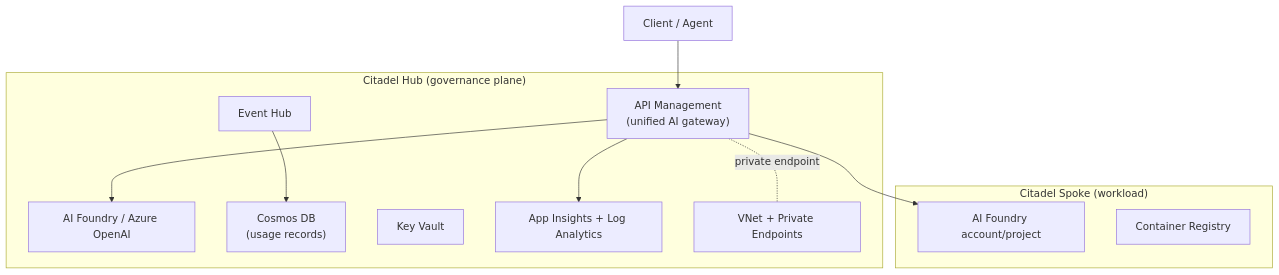
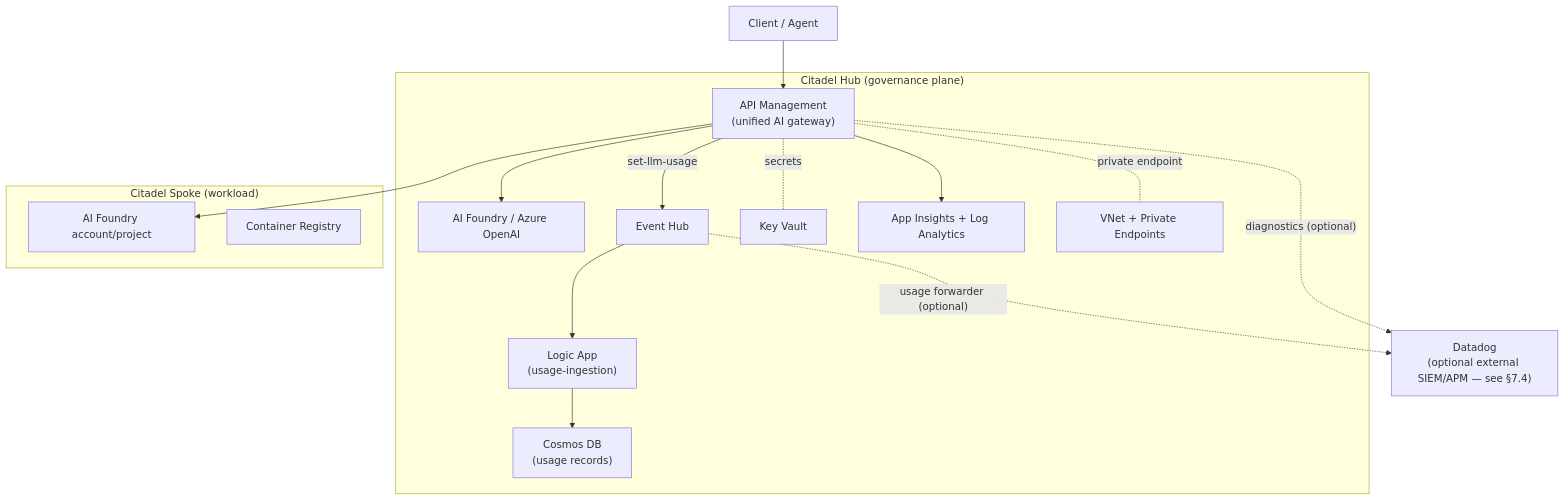
The first of 5 diagrams in labs/mcp-a2a-agents/docs/citadel-a2a-mcp-architecture.md (katkostro/apim-a2a-mcp), drawn with Mermaid before and after one commit. The commit also changed other lines of this file, not shown here.

Commit message:
docs: correct A2A inbound auth, FastAPI MCP server, and MCP rate-limit wording in Citadel architecture

````diff
--- a/labs/mcp-a2a-agents/docs/citadel-a2a-mcp-architecture.md
+++ b/labs/mcp-a2a-agents/docs/citadel-a2a-mcp-architecture.md
@@ -37,22 +65,29 @@
 ```mermaid
 flowchart TB
     subgraph Hub["Citadel Hub (governance plane)"]
         APIM["API Management<br/>(unified AI gateway)"]
         AOAI["AI Foundry / Azure OpenAI"]
         COSMOS["Cosmos DB<br/>(usage records)"]
         EH["Event Hub"]
+        LOGIC["Logic App<br/>(usage-ingestion)"]
         KV["Key Vault"]
         OBS["App Insights + Log Analytics"]
         VNET["VNet + Private Endpoints"]
     end
     subgraph Spoke["Citadel Spoke (workload)"]
         SPOKEFND["AI Foundry account/project"]
         ACR["Container Registry"]
     end
+    DD["Datadog<br/>(optional external SIEM/APM — see §7.4)"]
     Client["Client / Agent"] --> APIM
     APIM --> AOAI
     APIM --> SPOKEFND
     APIM --> OBS
+    APIM -. secrets .- KV
     APIM -. private endpoint .- VNET
-    EH --> COSMOS
+    APIM -->|"set-llm-usage"| EH
+    EH --> LOGIC
+    LOGIC --> COSMOS
+    APIM -. "diagnostics (optional)" .-> DD
+    EH -. "usage forwarder (optional)" .-> DD
 ```
````
